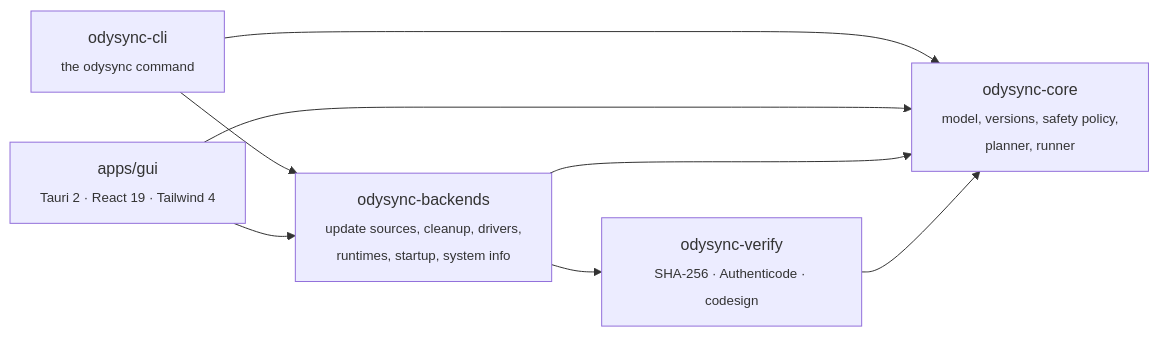
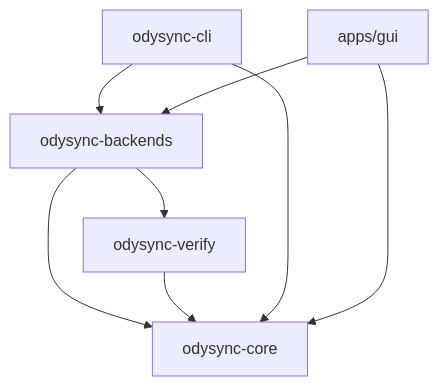
One commit to SenseiIssei/Odysync changed the diagram in README.md. Above: the diagram before and after it, drawn with Mermaid. The commit also changed other lines of this file, not shown here.

Commit message:
docs(readme): readable architecture diagram, working Ko-fi badge

````diff
--- a/README.md
+++ b/README.md
@@ -205,15 +205,10 @@
 ```mermaid
-flowchart LR
-    cli["odysync-cli<br/><sub>the odysync command</sub>"]
-    gui["apps/gui<br/><sub>Tauri 2 · React 19 · Tailwind 4</sub>"]
-    backends["odysync-backends<br/><sub>update sources, cleanup, drivers,<br/>runtimes, startup, system info</sub>"]
-    verify["odysync-verify<br/><sub>SHA-256 · Authenticode · codesign</sub>"]
-    core["odysync-core<br/><sub>model, versions, safety policy,<br/>planner, runner</sub>"]
-    cli --> backends
-    gui --> backends
+flowchart TB
+    cli[odysync-cli] --> backends[odysync-backends]
+    gui[apps/gui] --> backends
+    backends --> verify[odysync-verify]
+    backends --> core[odysync-core]
+    verify --> core
     cli --> core
     gui --> core
-    backends --> verify
-    backends --> core
-    verify --> core
 ```
````
